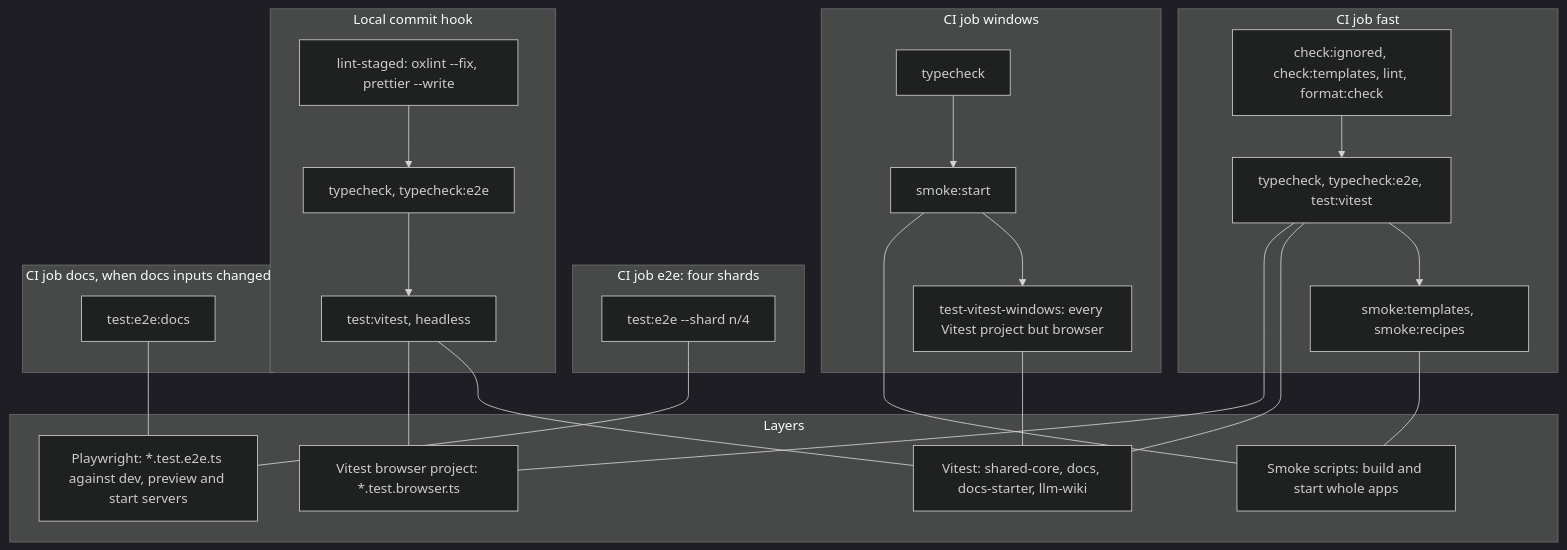
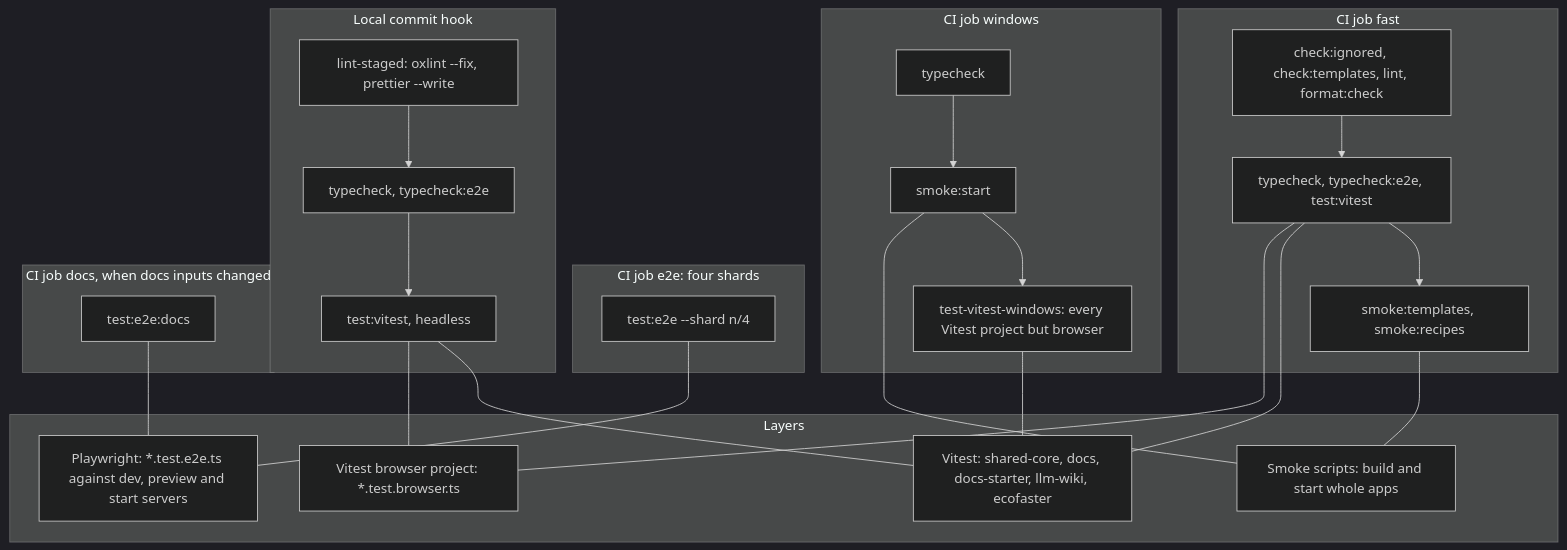
The diagram in apps/docs/src/content/dev/testing.mdx (ecopages/ecopages), drawn with Mermaid (dark theme) before and after one commit. The commit also changed other lines of this file and 114 other files, not shown here.

````diff
--- a/apps/docs/src/content/dev/testing.mdx
+++ b/apps/docs/src/content/dev/testing.mdx
@@ -34,42 +35,42 @@
 ```mermaid
 flowchart TD
   subgraph Layers
-    V["Vitest: shared-core, docs, docs-starter, llm-wiki"]
+    V["Vitest: shared-core, docs, docs-starter, llm-wiki, ecofaster"]
     B["Vitest browser project: *.test.browser.ts"]
     P["Playwright: *.test.e2e.ts against dev, preview and start servers"]
     S["Smoke scripts: build and start whole apps"]
   end
   subgraph Local["Local commit hook"]
     H1["lint-staged: oxlint --fix, prettier --write"]
     H2["typecheck, typecheck:e2e"]
     H3["test:vitest, headless"]
     H1 --> H2 --> H3
   end
   subgraph Fast["CI job fast"]
     F1["check:ignored, check:templates, lint, format:check"]
     F2["typecheck, typecheck:e2e, test:vitest"]
     F3["smoke:templates, smoke:recipes"]
     F1 --> F2 --> F3
   end
   subgraph E2E["CI job e2e: four shards"]
     E1["test:e2e --shard n/4"]
   end
   subgraph Win["CI job windows"]
     W1["typecheck"]
     W2["smoke:start"]
     W3["test-vitest-windows: every Vitest project but browser"]
     W1 --> W2 --> W3
   end
   subgraph DocsJob["CI job docs, when docs inputs changed"]
     D1["test:e2e:docs"]
   end
   H3 --- V
   H3 --- B
   F2 --- V
   F2 --- B
   F3 --- S
   E1 --- P
   W2 --- S
   W3 --- V
   D1 --- P
 ```
````
